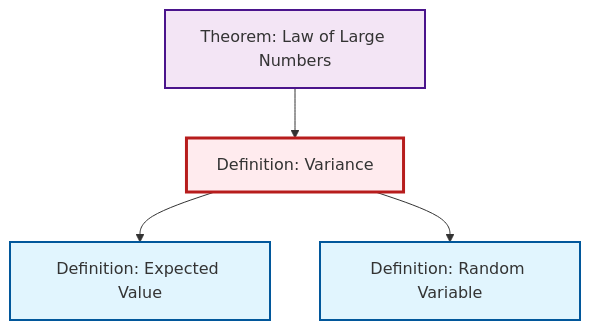
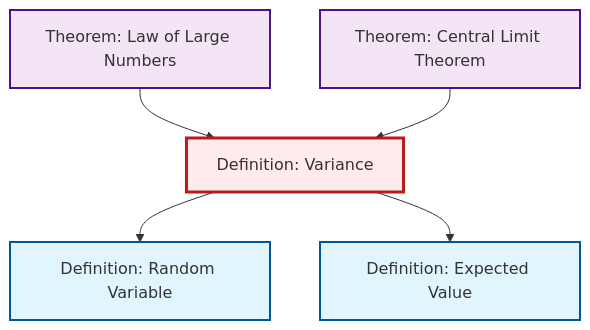
The diagram in output/mermaid/def-variance.mermaid (RK0429/ModernMath), drawn with Mermaid before and after one commit. The commit also changed 1420 other files, not shown here.

```diff
--- a/output/mermaid/def-variance.mermaid
+++ b/output/mermaid/def-variance.mermaid
@@ -1,15 +1,17 @@
 %%| fig-cap: "Local dependency graph"
 graph TD
     classDef definition fill:#e1f5fe,stroke:#01579b,stroke-width:2px
     classDef theorem fill:#f3e5f5,stroke:#4a148c,stroke-width:2px
     classDef axiom fill:#fff3e0,stroke:#e65100,stroke-width:2px
     classDef example fill:#e8f5e9,stroke:#1b5e20,stroke-width:2px
     classDef current fill:#ffebee,stroke:#b71c1c,stroke-width:3px
+    def-random-variable["Definition: Random Variable"]:::definition
+    def-expectation["Definition: Expected Value"]:::definition
+    thm-law-of-large-numbers["Theorem: Law of Large Numbers"]:::theorem
     def-variance["Definition: Variance"]:::definition
-    def-random-variable["Definition: Random Variable"]:::definition
-    thm-law-of-large-numbers["Theorem: Law of Large Numbers"]:::theorem
-    def-expectation["Definition: Expected Value"]:::definition
+    thm-central-limit["Theorem: Central Limit Theorem"]:::theorem
+    thm-law-of-large-numbers --> def-variance
+    def-variance --> def-random-variable
+    thm-central-limit --> def-variance
     def-variance --> def-expectation
-    def-variance --> def-random-variable
-    thm-law-of-large-numbers --> def-variance
     class def-variance current
```
